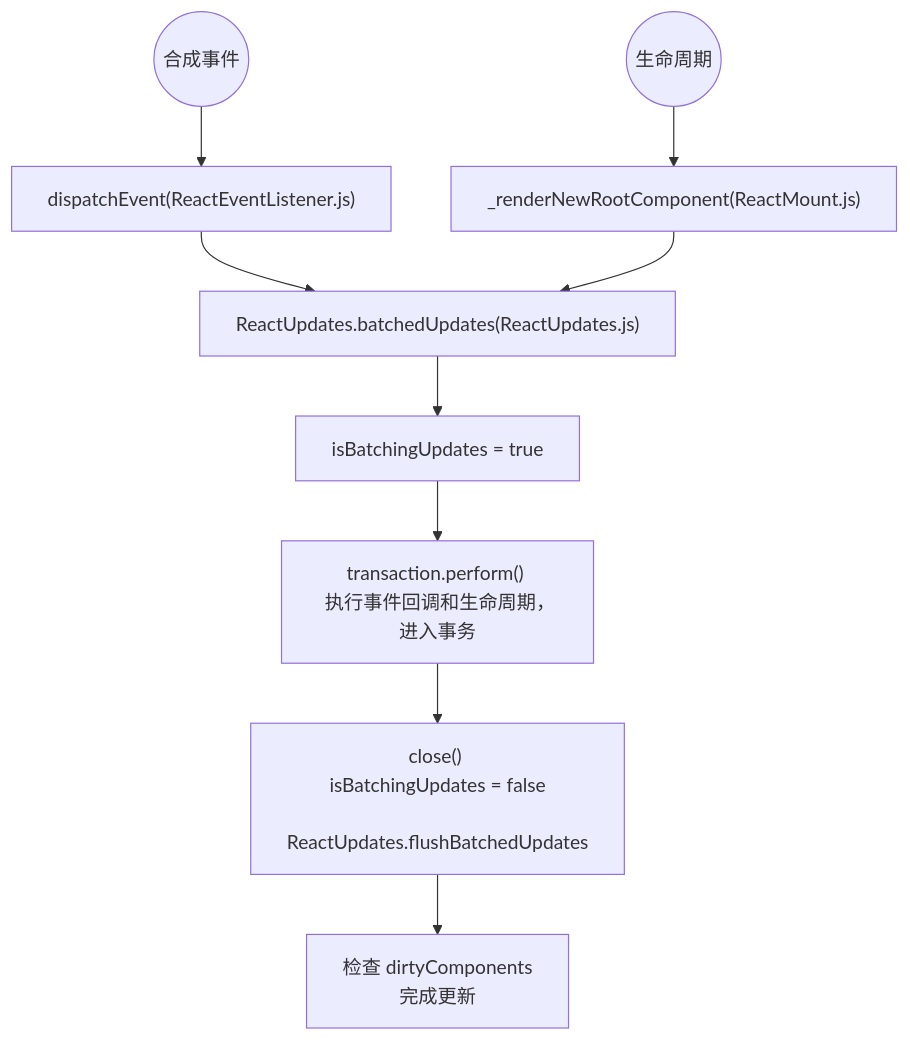
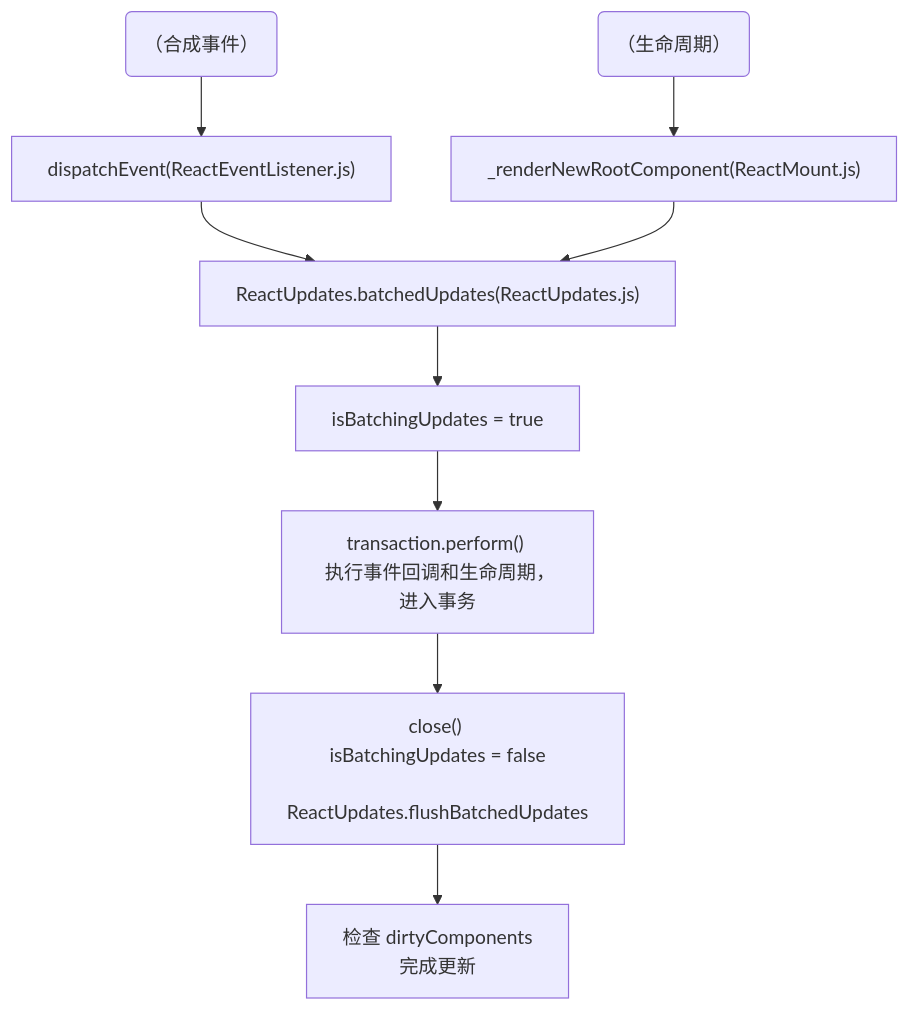
Before and after one commit to richardmyu/fe-learn-notes: the fourth of 4 diagrams in React/package/state异步.md, drawn with Mermaid. The commit also changed other lines of this file and 17 other files, not shown here.

````diff
--- a/React/package/state异步.md
+++ b/React/package/state异步.md
@@ -474,10 +472,10 @@
 ```mermaid
 graph TB
-  A((合成事件)) --> B["dispatchEvent(ReactEventListener.js)"];
-  C((生命周期)) --> D["_renderNewRootComponent(ReactMount.js)"];
+  A(（合成事件）) --> B["dispatchEvent(ReactEventListener.js)"];
+  C(（生命周期）) --> D["_renderNewRootComponent(ReactMount.js)"];
   B & D --> E["ReactUpdates.batchedUpdates(ReactUpdates.js)"];
   E --> F["isBatchingUpdates = true"];
   F --> G["transaction.perform() <br/> 执行事件回调和生命周期，进入事务"];
   G --> H["close() <br/> isBatchingUpdates = false <br/> ReactUpdates.flushBatchedUpdates"];
   H --> I["检查 dirtyComponents <br/> 完成更新"];
 ```
````
